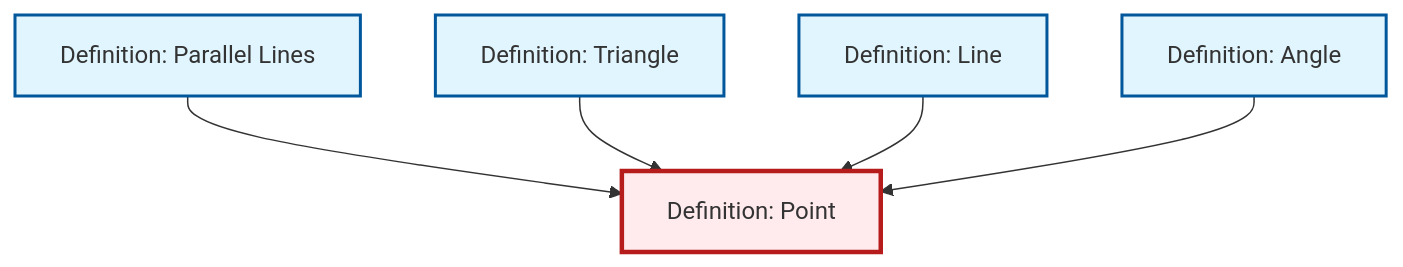
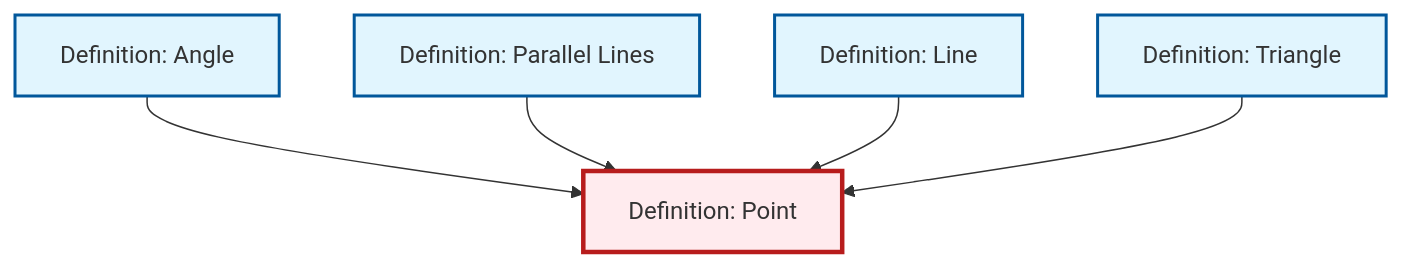
Before and after one commit to RK0429/ModernMath: the diagram in content/ja/geometry/def-point.qmd, drawn with Mermaid. The commit also changed other lines of this file and 619 other files, not shown here.

````diff
--- a/content/ja/geometry/def-point.qmd
+++ b/content/ja/geometry/def-point.qmd
@@ -40,23 +40,23 @@
 ```{mermaid}
 %%| fig-cap: "Local dependency graph"
 graph TD
     classDef definition fill:#e1f5fe,stroke:#01579b,stroke-width:2px
     classDef theorem fill:#f3e5f5,stroke:#4a148c,stroke-width:2px
     classDef axiom fill:#fff3e0,stroke:#e65100,stroke-width:2px
     classDef example fill:#e8f5e9,stroke:#1b5e20,stroke-width:2px
     classDef current fill:#ffebee,stroke:#b71c1c,stroke-width:3px
+    def-parallel["Definition: Parallel Lines"]:::definition
+    def-point["Definition: Point"]:::definition
     def-triangle["Definition: Triangle"]:::definition
     def-line["Definition: Line"]:::definition
     def-angle["Definition: Angle"]:::definition
-    def-parallel["Definition: Parallel Lines"]:::definition
-    def-point["Definition: Point"]:::definition
+    def-angle --> def-point
     def-parallel --> def-point
+    def-line --> def-point
     def-triangle --> def-point
-    def-line --> def-point
-    def-angle --> def-point
     class def-point current
+    click def-parallel "def-parallel.html" "Definition: Parallel Linesへ"
     click def-triangle "def-triangle.html" "Definition: Triangleへ"
     click def-line "def-line.html" "Definition: Lineへ"
     click def-angle "def-angle.html" "Definition: Angleへ"
-    click def-parallel "def-parallel.html" "Definition: Parallel Linesへ"
 ```
````
